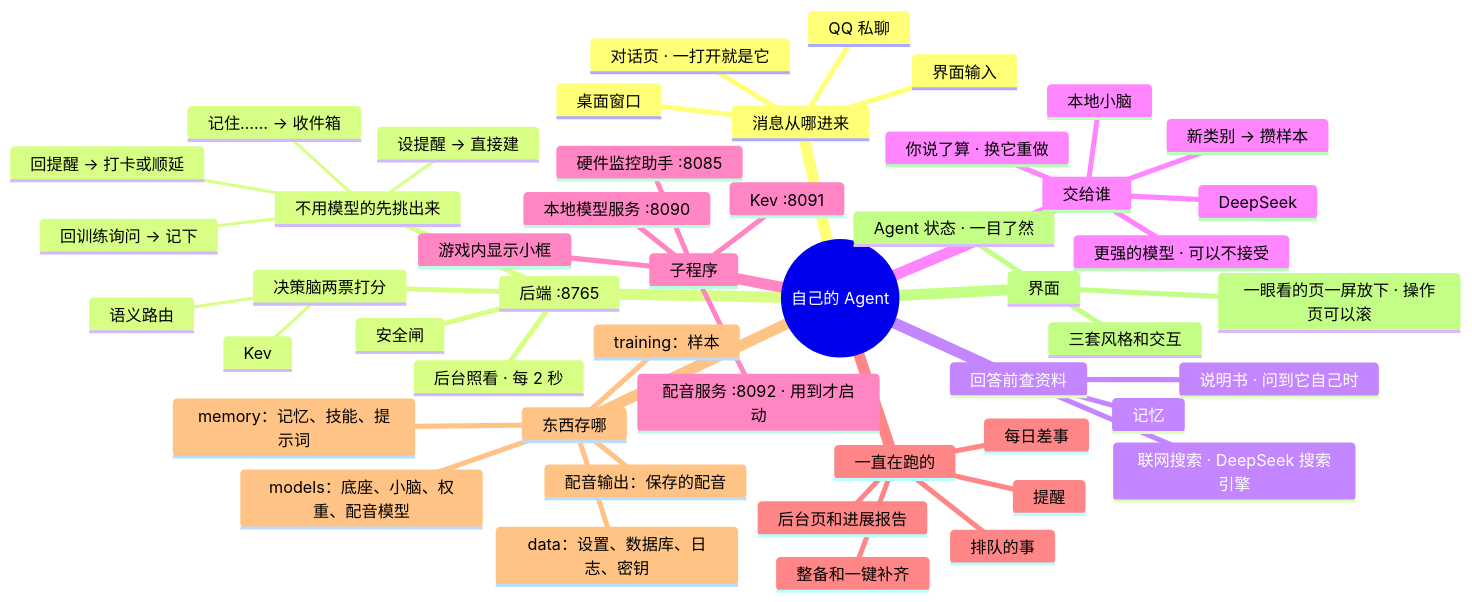
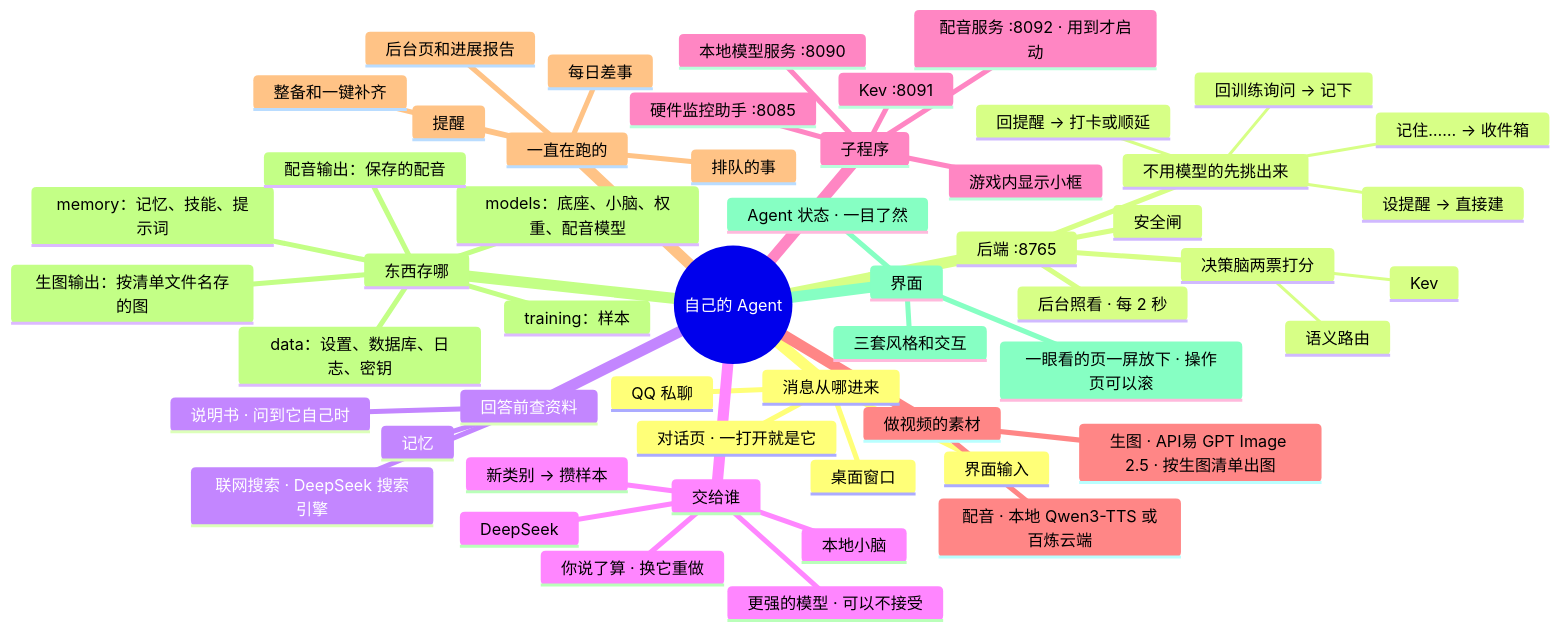
One commit to lql-076/Experiment-Agent-One changed the diagram in docs/AI文档/架构/00-总览.md. Above: the diagram before and after it, drawn with Mermaid. The commit also changed other lines of this file and 25 other files, not shown here.

First line of the commit message:
v1.8.15：新加「生图」页——上传生图清单，按比例、透明背景调 API易 GPT Image 2.5 一次出完，按清单的文件名存好

```diff
--- a/docs/AI文档/架构/00-总览.md
+++ b/docs/AI文档/架构/00-总览.md
@@ -61,6 +61,11 @@
       :::go-11
       配音服务 :8092 · 用到才启动
       :::svc-tts go-14
+    做视频的素材
+      配音 · 本地 Qwen3-TTS 或百炼云端
+      :::go-14
+      生图 · API易 GPT Image 2.5 · 按生图清单出图
+      :::go-15
     一直在跑的
       提醒
       :::go-04
@@ -80,6 +85,8 @@
       models：底座、小脑、权重、配音模型
       配音输出：保存的配音
       :::go-14
+      生图输出：按清单文件名存的图
+      :::go-15
     界面
       一眼看的页一屏放下 · 操作页可以滚
       :::go-12
```
